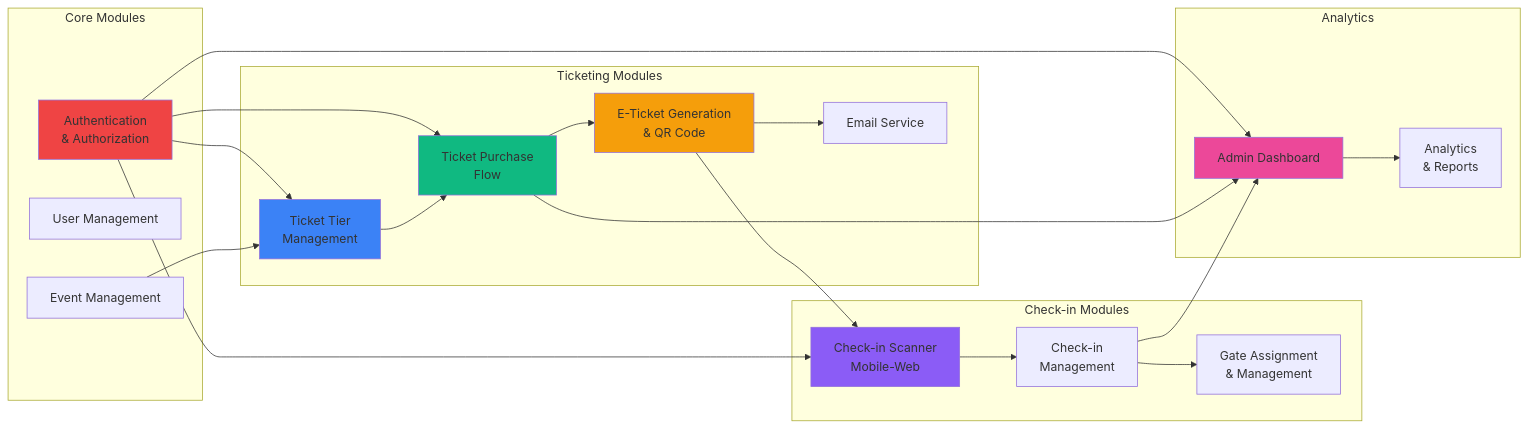
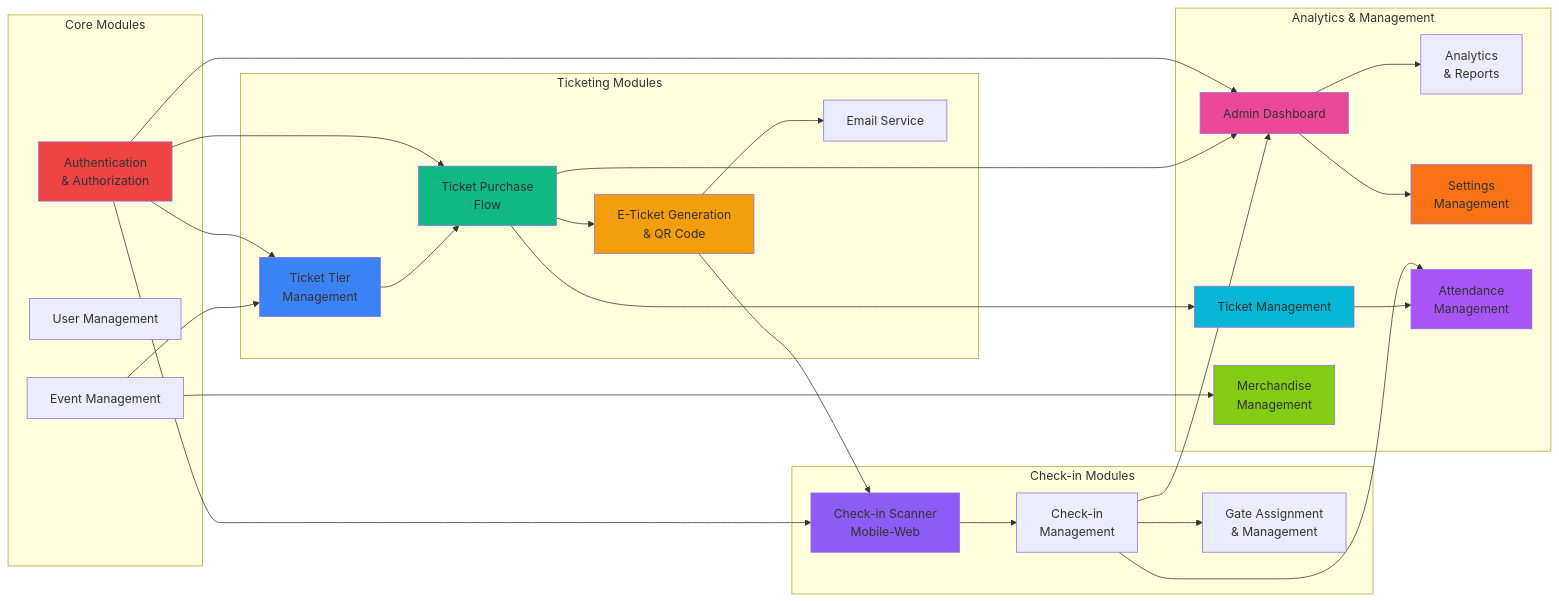
Before and after one commit to Gilabs-Studio/webapp-ticket-konser: the second of 13 diagrams in docs/PROJECT_DIAGRAMS.md, drawn with Mermaid. The commit also changed other lines of this file and 23 other files, not shown here.

Commit message:
feat(admin): implement admin route protection and role-based access; add new admin layout and pages for attendance, merchandise, settings, and tickets; update login redirection and menu links to reflect new routing structure

````diff
--- a/docs/PROJECT_DIAGRAMS.md
+++ b/docs/PROJECT_DIAGRAMS.md
@@ -54,48 +54,61 @@
 ```mermaid
 graph LR
     subgraph "Core Modules"
         AUTH[Authentication<br/>& Authorization]
         USER[User Management]
         EVENT[Event Management]
     end
     
     subgraph "Ticketing Modules"
         TIER[Ticket Tier<br/>Management]
         PURCHASE[Ticket Purchase<br/>Flow]
         ETICKET[E-Ticket Generation<br/>& QR Code]
         EMAIL[Email Service]
     end
     
     subgraph "Check-in Modules"
         SCANNER[Check-in Scanner<br/>Mobile-Web]
         CHECKIN[Check-in<br/>Management]
         GATE[Gate Assignment<br/>& Management]
     end
     
-    subgraph "Analytics"
+    subgraph "Analytics & Management"
         DASHBOARD[Admin Dashboard]
         ANALYTICS[Analytics<br/>& Reports]
+        TICKETS[Ticket Management]
+        MERCHANDISE[Merchandise<br/>Management]
+        SETTINGS[Settings<br/>Management]
+        ATTENDANCE[Attendance<br/>Management]
     end
     
     AUTH --> TIER
     AUTH --> PURCHASE
     AUTH --> SCANNER
     AUTH --> DASHBOARD
     EVENT --> TIER
     TIER --> PURCHASE
     PURCHASE --> ETICKET
     ETICKET --> EMAIL
     ETICKET --> SCANNER
     SCANNER --> CHECKIN
     CHECKIN --> GATE
     PURCHASE --> DASHBOARD
     CHECKIN --> DASHBOARD
     DASHBOARD --> ANALYTICS
+    PURCHASE --> TICKETS
+    EVENT --> MERCHANDISE
+    DASHBOARD --> SETTINGS
+    CHECKIN --> ATTENDANCE
+    TICKETS --> ATTENDANCE
     
     style AUTH fill:#ef4444
     style TIER fill:#3b82f6
     style PURCHASE fill:#10b981
     style ETICKET fill:#f59e0b
     style SCANNER fill:#8b5cf6
     style DASHBOARD fill:#ec4899
+    style TICKETS fill:#06b6d4
+    style MERCHANDISE fill:#84cc16
+    style SETTINGS fill:#f97316
+    style ATTENDANCE fill:#a855f7
 ```
````
